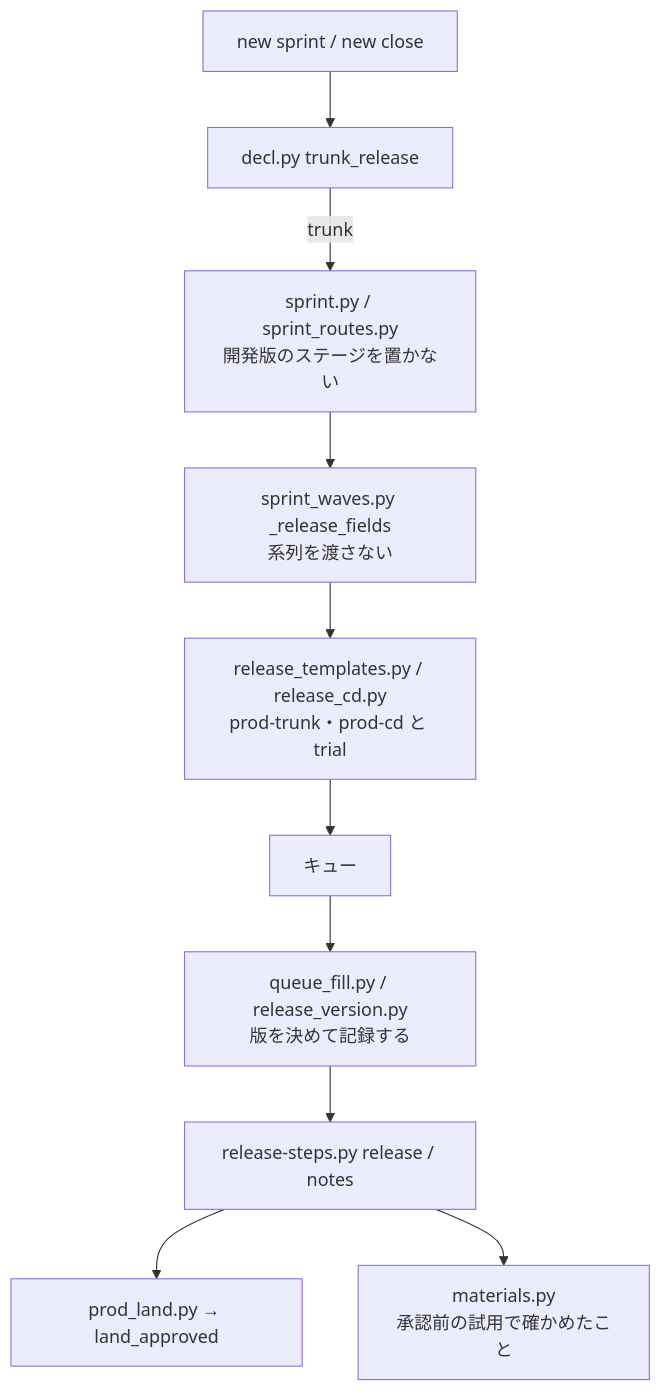
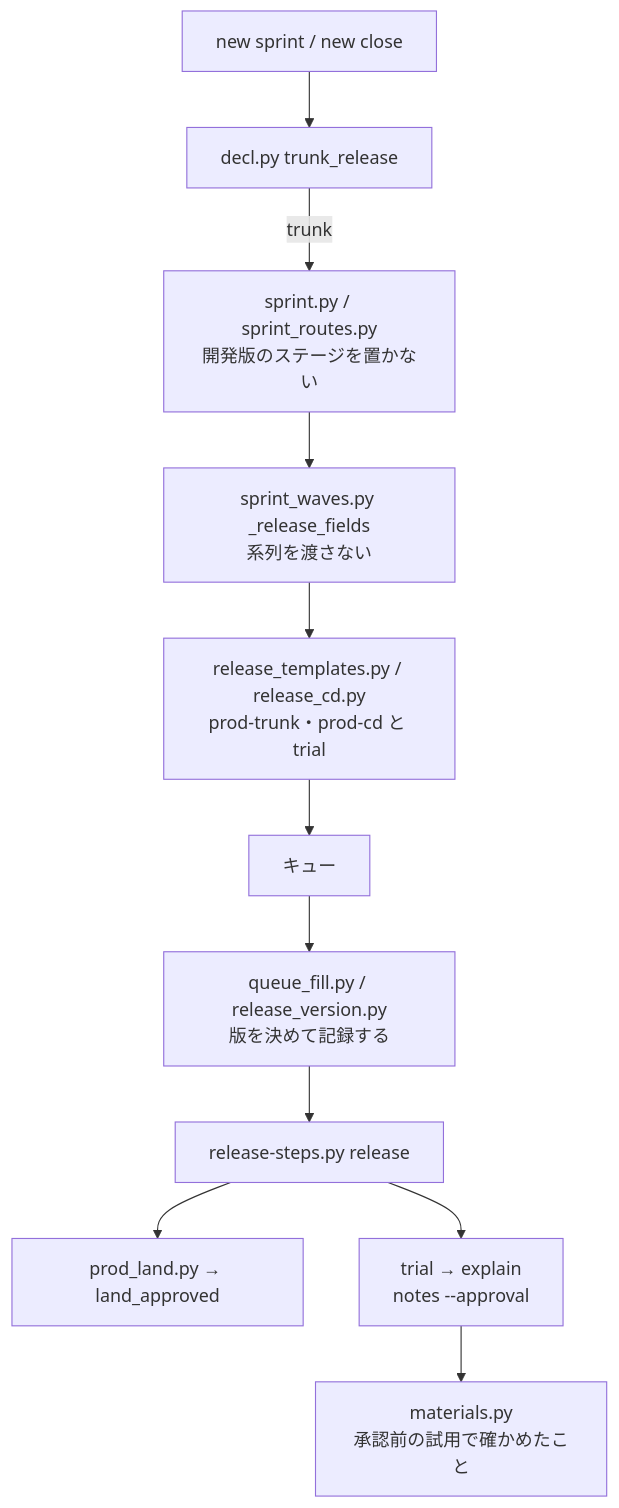
Before and after one commit to devbasex/ai-plugins: the fifth of 5 diagrams in issues/issue-3703-design.md, drawn with Mermaid. The commit also changed other lines of this file and 1 other file, not shown here.

````diff
--- a/issues/issue-3703-design.md
+++ b/issues/issue-3703-design.md
@@ -287,12 +333,13 @@
 ```mermaid
 graph TD
   A[new sprint / new close] --> B[decl.py trunk_release]
   B -->|trunk| C[sprint.py / sprint_routes.py<br/>開発版のステージを置かない]
   C --> D[sprint_waves.py _release_fields<br/>系列を渡さない]
   D --> E[release_templates.py / release_cd.py<br/>prod-trunk・prod-cd と trial]
   E --> F[キュー]
   F --> G[queue_fill.py / release_version.py<br/>版を決めて記録する]
-  G --> H[release-steps.py release / notes]
+  G --> H[release-steps.py release]
   H --> I[prod_land.py → land_approved]
-  H --> J[materials.py<br/>承認前の試用で確かめたこと]
+  H --> T[trial → explain<br/>notes --approval]
+  T --> J[materials.py<br/>承認前の試用で確かめたこと]
 ```
````
